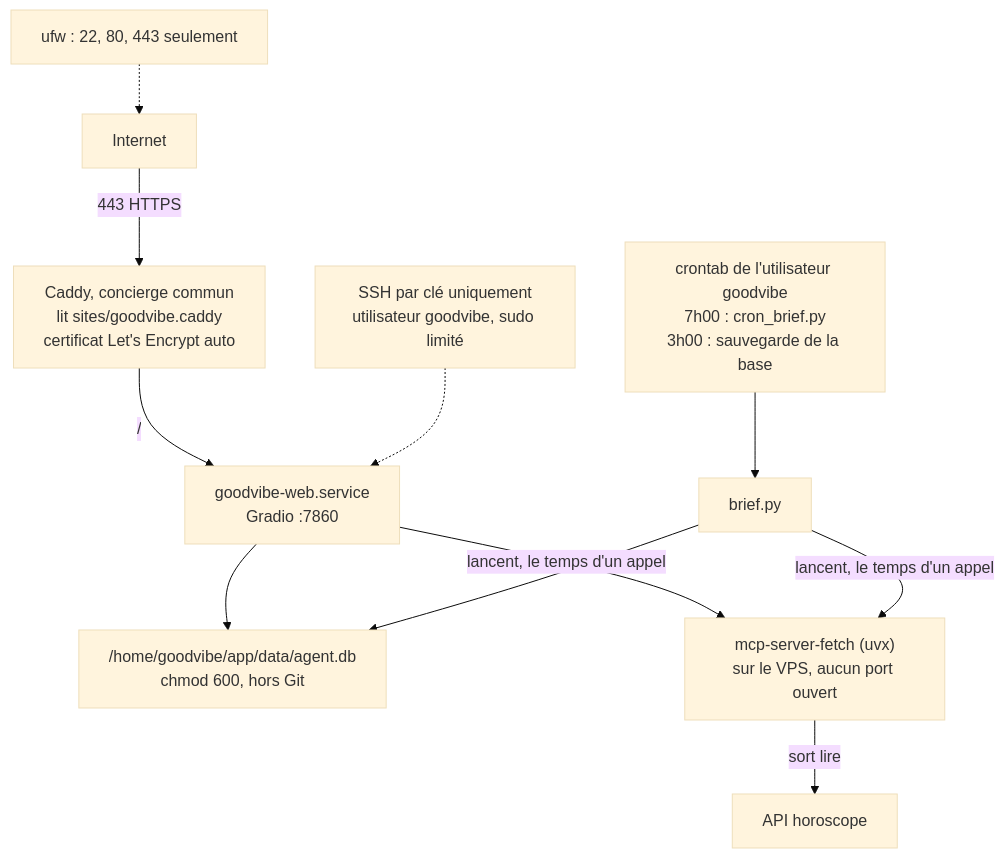
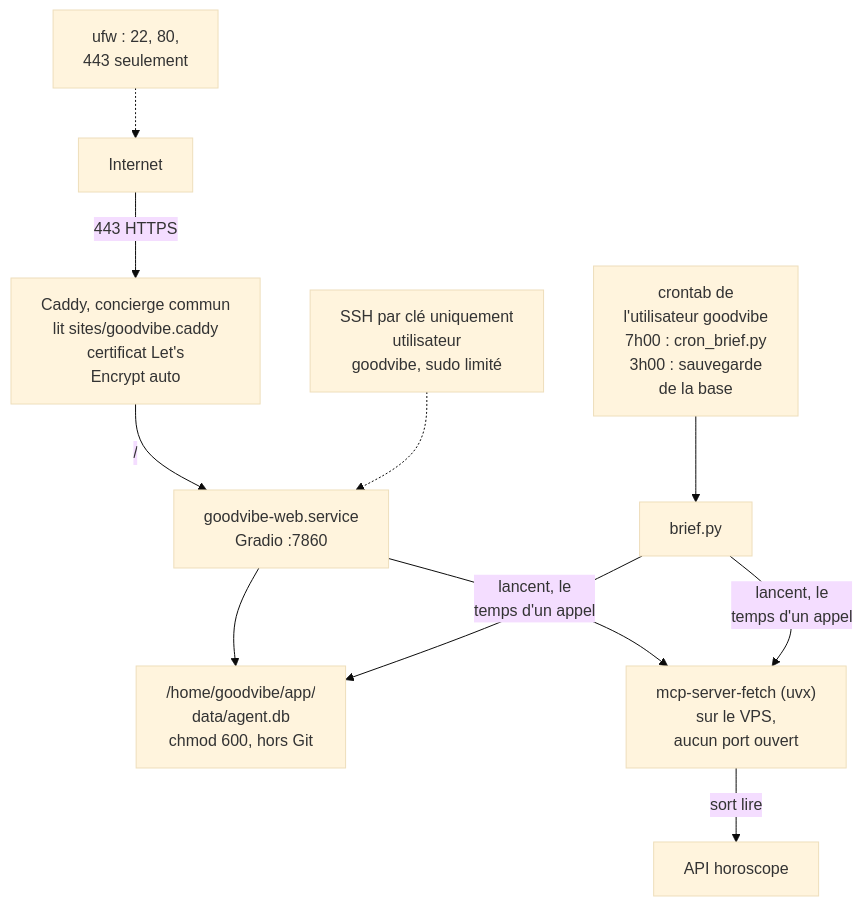
Diagram 33 of 42 in tuto-goodvibe-vibecoding.md (lecinquiemejour-code/goodvibe-tuto), drawn with Mermaid (base theme) before and after one commit. The commit also changed other lines of this file and 1 other file, not shown here.

First line of the commit message:
fix(tuto, readme): lignes des boîtes redécoupées dans tous les diagrammes, pour ne plus être coupées sur GitHub

````diff
--- a/tuto-goodvibe-vibecoding.md
+++ b/tuto-goodvibe-vibecoding.md
@@ -1523,11 +1523,11 @@
 ```mermaid
 flowchart TD
-    I["Internet"] -- "443 HTTPS" --> CD["Caddy, concierge commun<br/>lit sites/goodvibe.caddy<br/>certificat Let's Encrypt auto"]
+    I["Internet"] -- "443 HTTPS" --> CD["Caddy, concierge commun<br/>lit sites/goodvibe.caddy<br/>certificat Let's<br/>Encrypt auto"]
     CD -- "/  " --> GR["goodvibe-web.service<br/>Gradio :7860"]
-    CR["crontab de l'utilisateur goodvibe<br/>7h00 : cron_brief.py<br/>3h00 : sauvegarde de la base"] --> BR["brief.py"]
-    GR & BR --> DB["/home/goodvibe/app/data/agent.db<br/>chmod 600, hors Git"]
-    GR & BR -- "lancent, le temps d'un appel" --> MF["mcp-server-fetch (uvx)<br/>sur le VPS, aucun port ouvert"]
+    CR["crontab de<br/>l'utilisateur goodvibe<br/>7h00 : cron_brief.py<br/>3h00 : sauvegarde<br/>de la base"] --> BR["brief.py"]
+    GR & BR --> DB["/home/goodvibe/app/<br/>data/agent.db<br/>chmod 600, hors Git"]
+    GR & BR -- "lancent, le<br/>temps d'un appel" --> MF["mcp-server-fetch (uvx)<br/>sur le VPS,<br/>aucun port ouvert"]
     MF -- "sort lire" --> HO["API horoscope"]
-    UFW["ufw : 22, 80, 443 seulement"] -.-> I
-    SSH["SSH par clé uniquement<br/>utilisateur goodvibe, sudo limité"] -.-> GR
+    UFW["ufw : 22, 80,<br/>443 seulement"] -.-> I
+    SSH["SSH par clé uniquement<br/>utilisateur<br/>goodvibe, sudo limité"] -.-> GR
 ```
````
